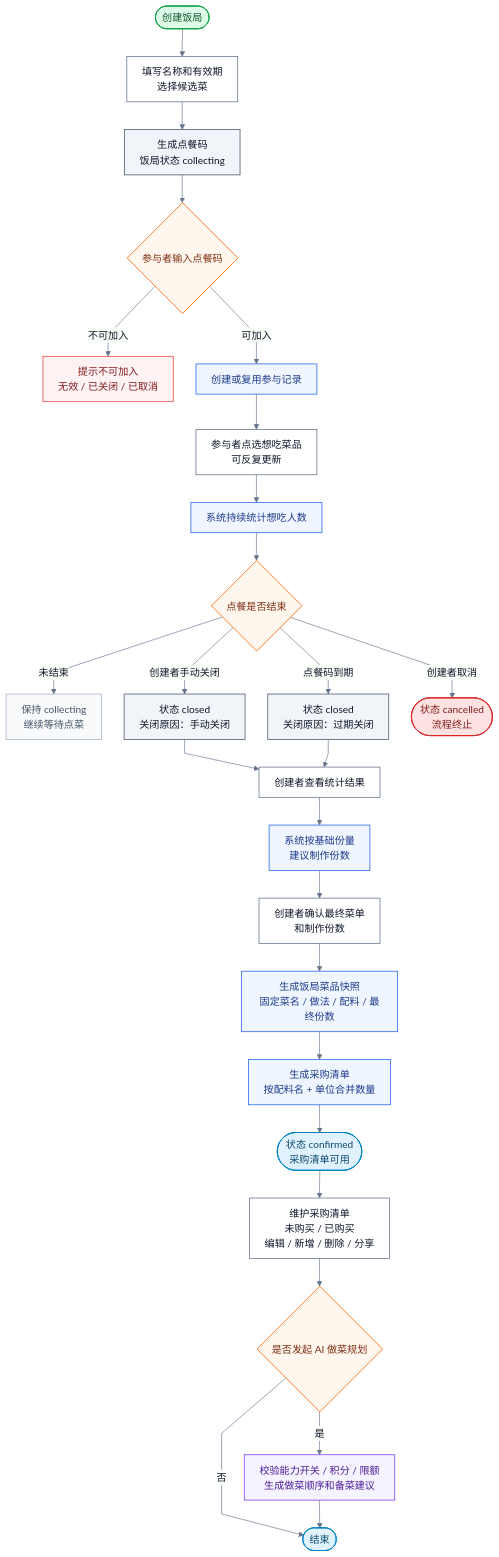
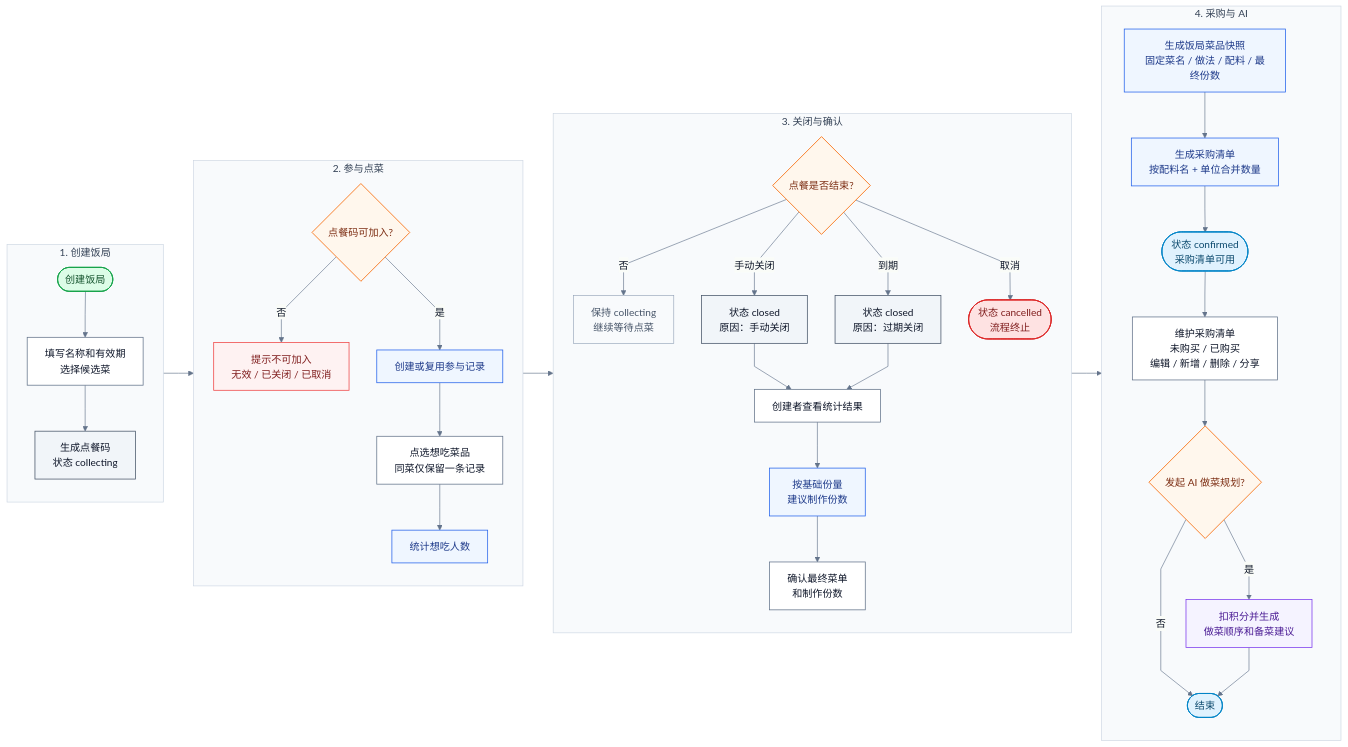
Before and after one commit to dyjh/gin-vue-admin: the diagram in aiDoc/prd/meal-order-to-purchase-flowchart.md, drawn with Mermaid. The commit also changed 5 other files, not shown here.

````diff
--- a/aiDoc/prd/meal-order-to-purchase-flowchart.md
+++ b/aiDoc/prd/meal-order-to-purchase-flowchart.md
@@ -13,56 +13,73 @@
 ```mermaid
-%%{init: {"theme":"base","themeVariables":{"fontFamily":"Inter, PingFang SC, Microsoft YaHei, sans-serif","primaryColor":"#F8FAFC","primaryTextColor":"#0F172A","primaryBorderColor":"#CBD5E1","lineColor":"#64748B"},"flowchart":{"curve":"linear","nodeSpacing":36,"rankSpacing":44,"padding":12}}}%%
-flowchart TD
-    A([创建饭局]):::start
-    B[填写名称和有效期<br/>选择候选菜]:::action
-    C[生成点餐码<br/>饭局状态 collecting]:::state
+%%{init: {"theme":"base","themeVariables":{"fontFamily":"Inter, PingFang SC, Microsoft YaHei, sans-serif","primaryColor":"#F8FAFC","primaryTextColor":"#0F172A","primaryBorderColor":"#CBD5E1","lineColor":"#64748B"},"flowchart":{"curve":"linear","nodeSpacing":44,"rankSpacing":48,"padding":14}}}%%
+flowchart LR
+    subgraph P1["1. 创建饭局"]
+        direction TB
+        A([创建饭局]):::start
+        B[填写名称和有效期<br/>选择候选菜]:::action
+        C[生成点餐码<br/>状态 collecting]:::state
+        A --> B --> C
+    end
 
-    D{参与者输入点餐码}:::decision
-    D1[提示不可加入<br/>无效 / 已关闭 / 已取消]:::error
-    E[创建或复用参与记录]:::system
-    F[参与者点选想吃菜品<br/>可反复更新]:::action
-    G[系统持续统计想吃人数]:::system
+    subgraph P2["2. 参与点菜"]
+        direction TB
+        D{点餐码可加入?}:::decision
+        D1[提示不可加入<br/>无效 / 已关闭 / 已取消]:::error
+        E[创建或复用参与记录]:::system
+        F[点选想吃菜品<br/>同菜仅保留一条记录]:::action
+        G[统计想吃人数]:::system
+        D -->|否| D1
+        D -->|是| E --> F --> G
+    end
 
-    H{点餐是否结束}:::decision
-    H1[保持 collecting<br/>继续等待点菜]:::muted
-    I[状态 closed<br/>关闭原因：手动关闭]:::state
-    J[状态 closed<br/>关闭原因：过期关闭]:::state
-    K([状态 cancelled<br/>流程终止]):::stop
+    subgraph P3["3. 关闭与确认"]
+        direction TB
+        H{点餐是否结束?}:::decision
+        H1[保持 collecting<br/>继续等待点菜]:::muted
+        I[状态 closed<br/>原因：手动关闭]:::state
+        J[状态 closed<br/>原因：过期关闭]:::state
+        K([状态 cancelled<br/>流程终止]):::stop
+        L[创建者查看统计结果]:::action
+        M[按基础份量<br/>建议制作份数]:::system
+        N[确认最终菜单<br/>和制作份数]:::action
+        H -->|否| H1
+        H -->|手动关闭| I --> L
+        H -->|到期| J --> L
+        H -->|取消| K
+        L --> M --> N
+    end
 
-    L[创建者查看统计结果]:::action
-    M[系统按基础份量<br/>建议制作份数]:::system
-    N[创建者确认最终菜单<br/>和制作份数]:::action
-    O[生成饭局菜品快照<br/>固定菜名 / 做法 / 配料 / 最终份数]:::system
-    P[生成采购清单<br/>按配料名 + 单位合并数量]:::system
-    Q([状态 confirmed<br/>采购清单可用]):::complete
+    subgraph P4["4. 采购与 AI"]
+        direction TB
+        O[生成饭局菜品快照<br/>固定菜名 / 做法 / 配料 / 最终份数]:::system
+        P[生成采购清单<br/>按配料名 + 单位合并数量]:::system
+        Q([状态 confirmed<br/>采购清单可用]):::complete
+        R[维护采购清单<br/>未购买 / 已购买<br/>编辑 / 新增 / 删除 / 分享]:::action
+        S{发起 AI 做菜规划?}:::decision
+        T[扣积分并生成<br/>做菜顺序和备菜建议]:::ai
+        U([结束]):::complete
+        O --> P --> Q --> R --> S
+        S -->|否| U
+        S -->|是| T --> U
+    end
 
-    R[维护采购清单<br/>未购买 / 已购买<br/>编辑 / 新增 / 删除 / 分享]:::action
-    S{是否发起 AI 做菜规划}:::decision
-    T[校验能力开关 / 积分 / 限额<br/>生成做菜顺序和备菜建议]:::ai
-    U([结束]):::complete
+    C --> D
+    G --> H
+    N --> O
 
-    A --> B --> C --> D
-    D -->|不可加入| D1
-    D -->|可加入| E --> F --> G --> H
-    H -->|未结束| H1
-    H -->|创建者手动关闭| I
-    H -->|点餐码到期| J
-    H -->|创建者取消| K
-    I --> L
-    J --> L
-    L --> M --> N --> O --> P --> Q
-    Q --> R --> S
-    S -->|否| U
-    S -->|是| T --> U
+    style P1 fill:#F8FAFC,stroke:#CBD5E1,stroke-width:1px,color:#334155;
+    style P2 fill:#F8FAFC,stroke:#CBD5E1,stroke-width:1px,color:#334155;
+    style P3 fill:#F8FAFC,stroke:#CBD5E1,stroke-width:1px,color:#334155;
+    style P4 fill:#F8FAFC,stroke:#CBD5E1,stroke-width:1px,color:#334155;
 
     classDef start fill:#DCFCE7,stroke:#16A34A,color:#14532D,stroke-width:1.5px;
     classDef complete fill:#E0F2FE,stroke:#0284C7,color:#0C4A6E,stroke-width:1.5px;
     classDef stop fill:#FEE2E2,stroke:#DC2626,color:#7F1D1D,stroke-width:1.5px;
     classDef action fill:#FFFFFF,stroke:#64748B,color:#0F172A,stroke-width:1.2px;
     classDef system fill:#EFF6FF,stroke:#2563EB,color:#1E3A8A,stroke-width:1.2px;
     classDef decision fill:#FFF7ED,stroke:#F97316,color:#7C2D12,stroke-width:1.4px;
     classDef state fill:#F1F5F9,stroke:#475569,color:#0F172A,stroke-width:1.2px;
     classDef ai fill:#F5F3FF,stroke:#7C3AED,color:#4C1D95,stroke-width:1.2px;
     classDef error fill:#FEF2F2,stroke:#EF4444,color:#7F1D1D,stroke-width:1.2px;
     classDef muted fill:#F8FAFC,stroke:#94A3B8,color:#475569,stroke-width:1px;
 ```
````
